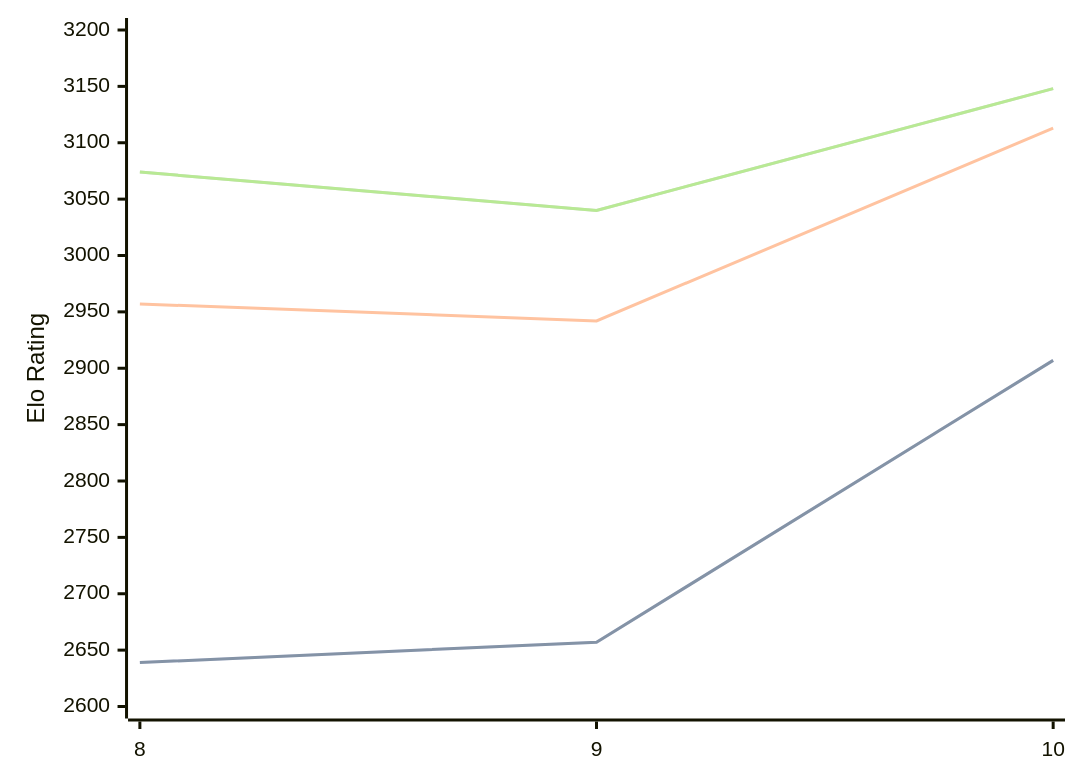
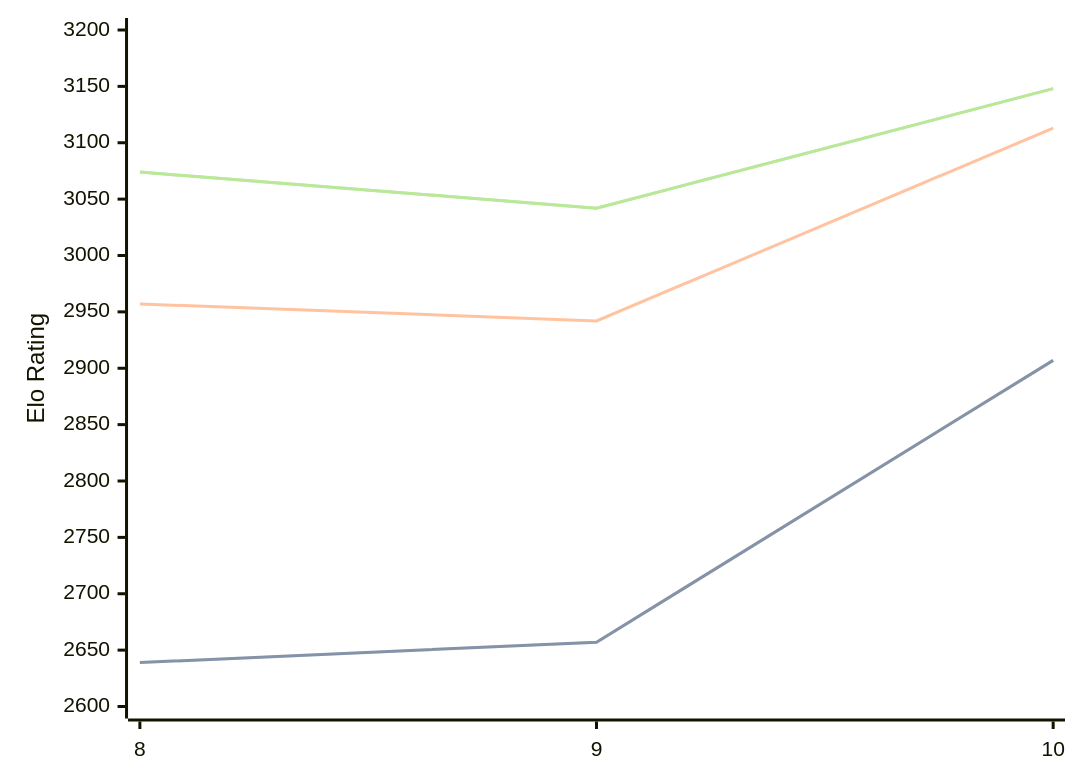
One commit to computer-chess-index/cci changed the diagram in engines/Lozza.md. Above: the diagram before and after it, drawn with Mermaid. The commit also changed other lines of this file, not shown here.

Commit message:
Update CCI Ratings (ELO VLTC) - 2026-02-19

````diff
--- a/engines/Lozza.md
+++ b/engines/Lozza.md
@@ -38,11 +38,11 @@
 ```mermaid
 %%{init: {"theme":"base","themeVariables":{"seriesColors:['#a3a3a3','#222221','#faa371']}}}%%
 xychart-beta
   x-axis ["8", "9", "10"]
   y-axis "Elo Rating" 2600 --> 3200
   line "STC (8.0+0.08s)" [2639, 2657, 2907]
   line "STC (8.0+0.08s)" [2639, 2657, 2907]
   line "LTC (60.0+0.60s)" [2957, 2942, 3113]
-  line "VLTC (2m24s+1.12s)" [3074, 3040, 3148]
-  line "VLTC (2m24s+1.12s)" [3074, 3040, 3148]
+  line "VLTC (2m24s+1.12s)" [3074, 3042, 3148]
+  line "VLTC (2m24s+1.12s)" [3074, 3042, 3148]
 ```
````
